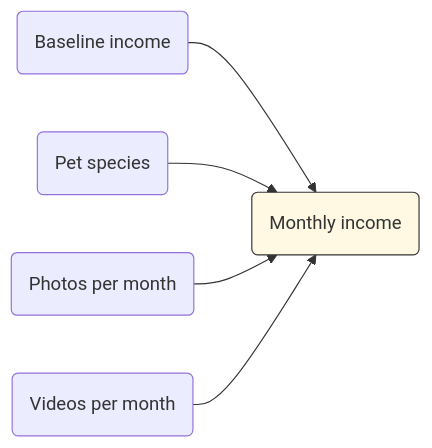
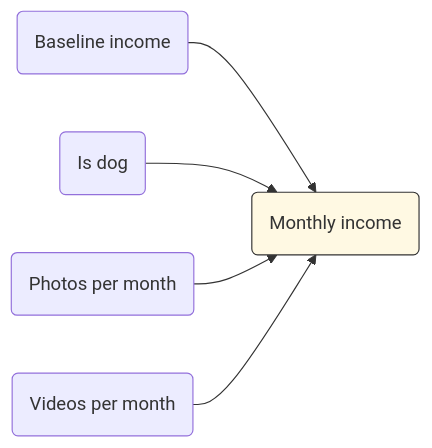
One commit to erikaduan/r_tips changed the diagram in tutorials/st-linear_regression/st-linear_regression.md. Above: the diagram before and after it, drawn with Mermaid. The commit also changed other lines of this file and 2 other files, not shown here.

````diff
--- a/tutorials/st-linear_regression/st-linear_regression.md
+++ b/tutorials/st-linear_regression/st-linear_regression.md
@@ -80,9 +81,9 @@
 ``` mermaid
 flowchart LR  
   A(Baseline income) --> B(Monthly income)     
-  C(Pet species) --> B 
+  C(Is dog) --> B 
   D(Photos per month) --> B
   E(Videos per month) --> B
   
   style B fill:#Fff9e3,stroke:#333
 ```
````
